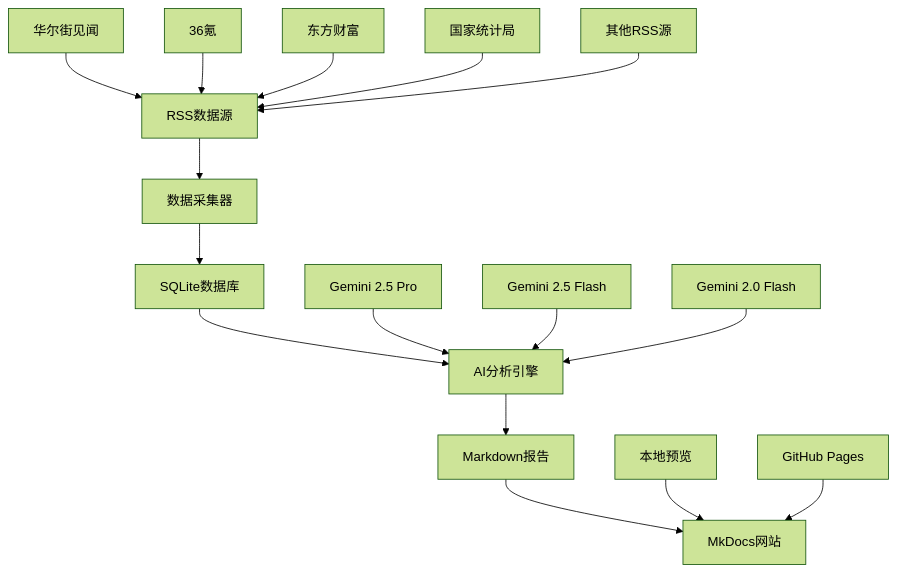
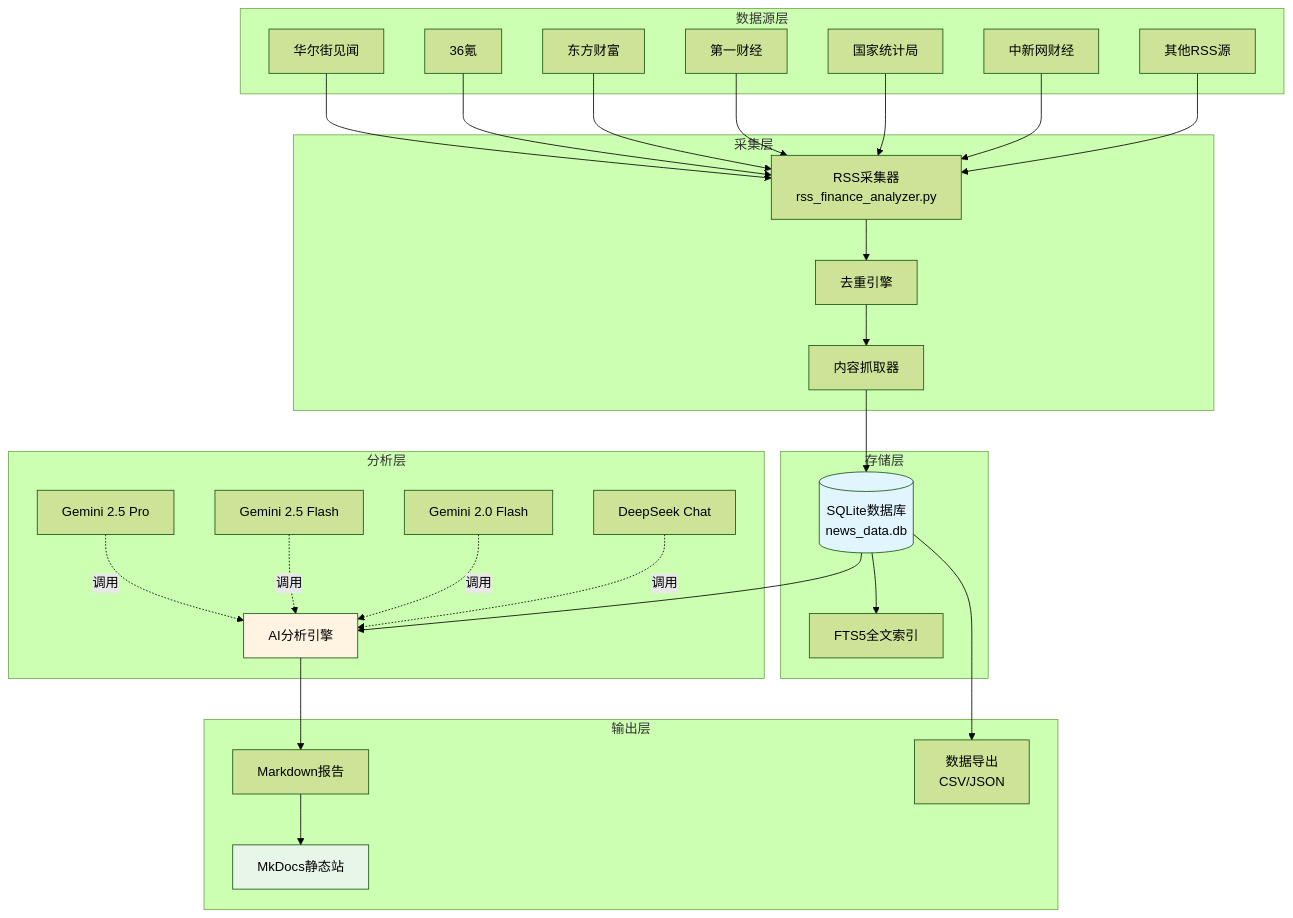
One commit to qipeijun/FinancialReport changed the first of 2 diagrams in docs/index.md. Above: the diagram before and after it, drawn with Mermaid (forest theme). The commit also changed other lines of this file, not shown here.

````diff
--- a/docs/index.md
+++ b/docs/index.md
@@ -17,21 +59,50 @@
 ```mermaid
-graph TD
-    A[RSS数据源] --> B[数据采集器]
-    B --> C[SQLite数据库]
-    C --> D[AI分析引擎]
-    D --> E[Markdown报告]
-    E --> F[MkDocs网站]
+graph TB
+    subgraph 数据源层
+        A1[华尔街见闻] 
+        A2[36氪]
+        A3[东方财富]
+        A4[第一财经]
+        A5[国家统计局]
+        A6[中新网财经]
+        A7[其他RSS源]
+    end
     
-    A1[华尔街见闻] --> A
-    A2[36氪] --> A
-    A3[东方财富] --> A
-    A4[国家统计局] --> A
-    A5[其他RSS源] --> A
+    subgraph 采集层
+        B[RSS采集器<br/>rss_finance_analyzer.py]
+        B1[去重引擎]
+        B2[内容抓取器]
+    end
     
-    D1[Gemini 2.5 Pro] --> D
-    D2[Gemini 2.5 Flash] --> D
-    D3[Gemini 2.0 Flash] --> D
+    subgraph 存储层
+        C[(SQLite数据库<br/>news_data.db)]
+        C1[FTS5全文索引]
+    end
     
-    F1[本地预览] --> F
-    F2[GitHub Pages] --> F
+    subgraph 分析层
+        D[AI分析引擎]
+        D1[Gemini 2.5 Pro]
+        D2[Gemini 2.5 Flash]
+        D3[Gemini 2.0 Flash]
+        D4[DeepSeek Chat]
+    end
+    
+    subgraph 输出层
+        E[Markdown报告]
+        F[MkDocs静态站]
+        G[数据导出<br/>CSV/JSON]
+    end
+    
+    A1 & A2 & A3 & A4 & A5 & A6 & A7 --> B
+    B --> B1 --> B2 --> C
+    C --> C1
+    C --> D
+    D1 & D2 & D3 & D4 -.调用.-> D
+    D --> E
+    E --> F
+    C --> G
+    
+    style C fill:#e1f5ff
+    style D fill:#fff4e1
+    style F fill:#e8f5e9
 ```
````
